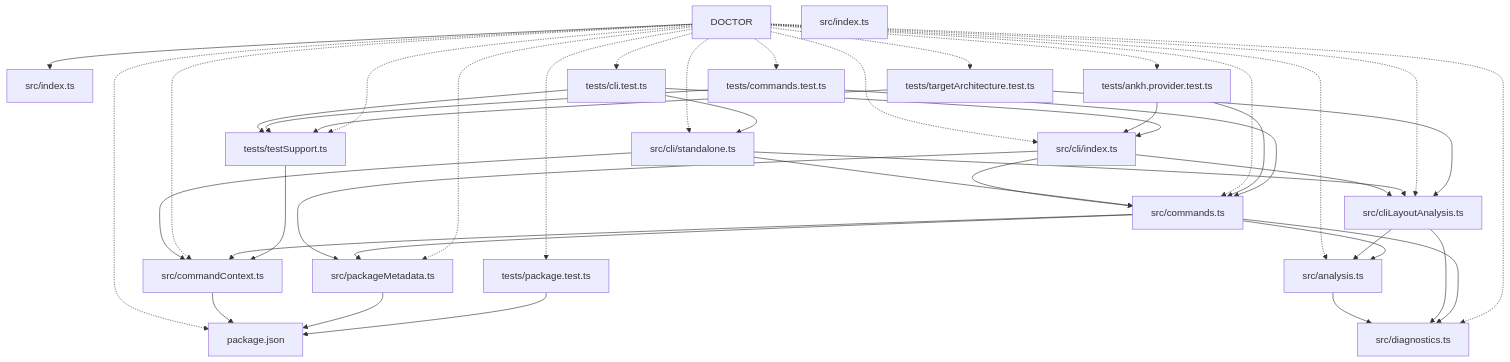
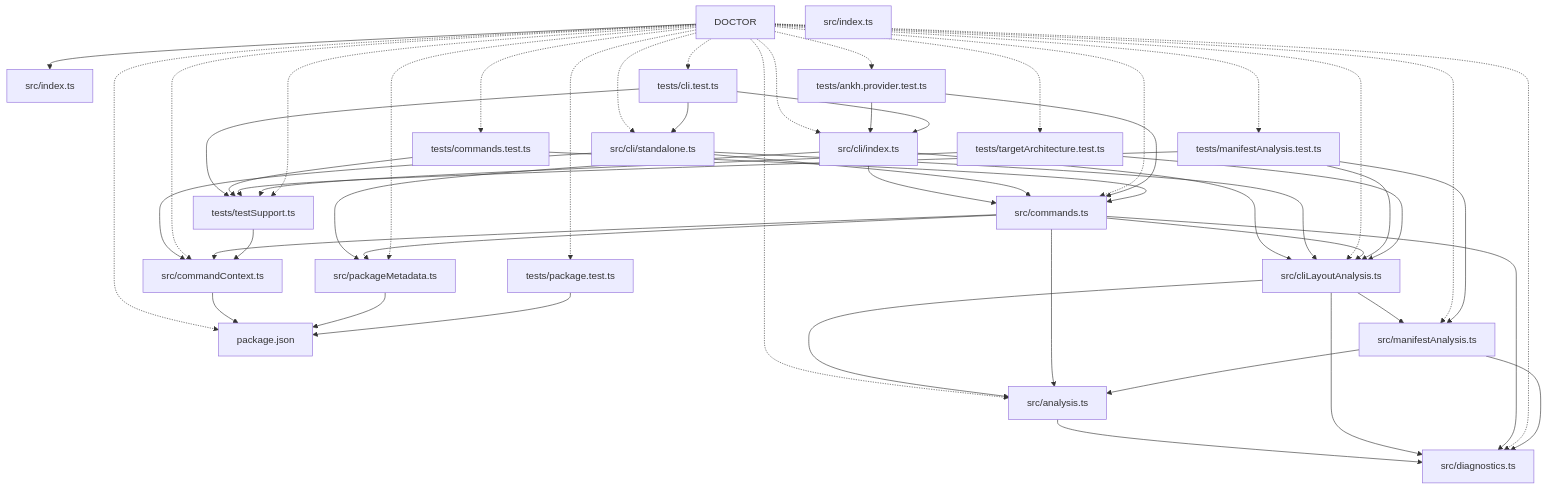
Before and after one commit to ankhorage/doctor: the diagram in paradox/diagrams/architecture-overview.mmd, drawn with Mermaid. The commit also changed 16 other files, not shown here.

```diff
--- a/paradox/diagrams/architecture-overview.mmd
+++ b/paradox/diagrams/architecture-overview.mmd
@@ -1,61 +1,72 @@
 graph TD
   package__ankhorage_doctor["DOCTOR"]
   entrypoint_src_index_ts["src/index.ts"]
   package__ankhorage_doctor --> entrypoint_src_index_ts
   module_package_json["package.json"]
   package__ankhorage_doctor -.-> module_package_json
   module_src_analysis_ts["src/analysis.ts"]
   package__ankhorage_doctor -.-> module_src_analysis_ts
   module_src_analysis_ts --> module_src_diagnostics_ts
   module_src_cli_index_ts["src/cli/index.ts"]
   package__ankhorage_doctor -.-> module_src_cli_index_ts
   module_src_cli_index_ts --> module_src_cliLayoutAnalysis_ts
   module_src_cli_index_ts --> module_src_commands_ts
   module_src_cli_index_ts --> module_src_packageMetadata_ts
   module_src_cli_standalone_ts["src/cli/standalone.ts"]
   package__ankhorage_doctor -.-> module_src_cli_standalone_ts
   module_src_cli_standalone_ts --> module_src_cliLayoutAnalysis_ts
   module_src_cli_standalone_ts --> module_src_commandContext_ts
   module_src_cli_standalone_ts --> module_src_commands_ts
   module_src_cliLayoutAnalysis_ts["src/cliLayoutAnalysis.ts"]
   package__ankhorage_doctor -.-> module_src_cliLayoutAnalysis_ts
   module_src_cliLayoutAnalysis_ts --> module_src_analysis_ts
   module_src_cliLayoutAnalysis_ts --> module_src_diagnostics_ts
+  module_src_cliLayoutAnalysis_ts --> module_src_manifestAnalysis_ts
   module_src_commandContext_ts["src/commandContext.ts"]
   package__ankhorage_doctor -.-> module_src_commandContext_ts
   module_src_commandContext_ts --> module_package_json
   module_src_commands_ts["src/commands.ts"]
   package__ankhorage_doctor -.-> module_src_commands_ts
   module_src_commands_ts --> module_src_analysis_ts
+  module_src_commands_ts --> module_src_cliLayoutAnalysis_ts
   module_src_commands_ts --> module_src_commandContext_ts
   module_src_commands_ts --> module_src_diagnostics_ts
   module_src_commands_ts --> module_src_packageMetadata_ts
   module_src_diagnostics_ts["src/diagnostics.ts"]
   package__ankhorage_doctor -.-> module_src_diagnostics_ts
   module_src_index_ts["src/index.ts"]
+  module_src_manifestAnalysis_ts["src/manifestAnalysis.ts"]
+  package__ankhorage_doctor -.-> module_src_manifestAnalysis_ts
+  module_src_manifestAnalysis_ts --> module_src_analysis_ts
+  module_src_manifestAnalysis_ts --> module_src_diagnostics_ts
   module_src_packageMetadata_ts["src/packageMetadata.ts"]
   package__ankhorage_doctor -.-> module_src_packageMetadata_ts
   module_src_packageMetadata_ts --> module_package_json
   module_tests_ankh_provider_test_ts["tests/ankh.provider.test.ts"]
   package__ankhorage_doctor -.-> module_tests_ankh_provider_test_ts
   module_tests_ankh_provider_test_ts --> module_src_cli_index_ts
   module_tests_ankh_provider_test_ts --> module_src_commands_ts
   module_tests_cli_test_ts["tests/cli.test.ts"]
   package__ankhorage_doctor -.-> module_tests_cli_test_ts
   module_tests_cli_test_ts --> module_src_cli_index_ts
   module_tests_cli_test_ts --> module_src_cli_standalone_ts
   module_tests_cli_test_ts --> module_tests_testSupport_ts
   module_tests_commands_test_ts["tests/commands.test.ts"]
   package__ankhorage_doctor -.-> module_tests_commands_test_ts
   module_tests_commands_test_ts --> module_src_commands_ts
   module_tests_commands_test_ts --> module_tests_testSupport_ts
+  module_tests_manifestAnalysis_test_ts["tests/manifestAnalysis.test.ts"]
+  package__ankhorage_doctor -.-> module_tests_manifestAnalysis_test_ts
+  module_tests_manifestAnalysis_test_ts --> module_src_cliLayoutAnalysis_ts
+  module_tests_manifestAnalysis_test_ts --> module_src_manifestAnalysis_ts
+  module_tests_manifestAnalysis_test_ts --> module_tests_testSupport_ts
   module_tests_package_test_ts["tests/package.test.ts"]
   package__ankhorage_doctor -.-> module_tests_package_test_ts
   module_tests_package_test_ts --> module_package_json
   module_tests_targetArchitecture_test_ts["tests/targetArchitecture.test.ts"]
   package__ankhorage_doctor -.-> module_tests_targetArchitecture_test_ts
   module_tests_targetArchitecture_test_ts --> module_src_cliLayoutAnalysis_ts
   module_tests_targetArchitecture_test_ts --> module_tests_testSupport_ts
   module_tests_testSupport_ts["tests/testSupport.ts"]
   package__ankhorage_doctor -.-> module_tests_testSupport_ts
   module_tests_testSupport_ts --> module_src_commandContext_ts
```
